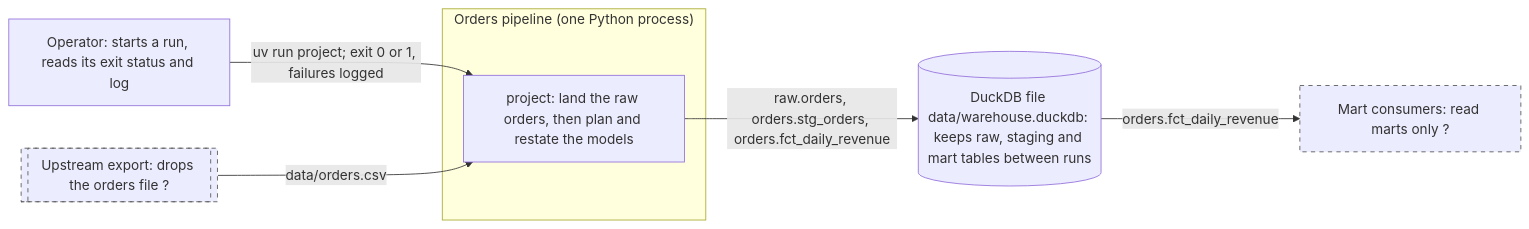
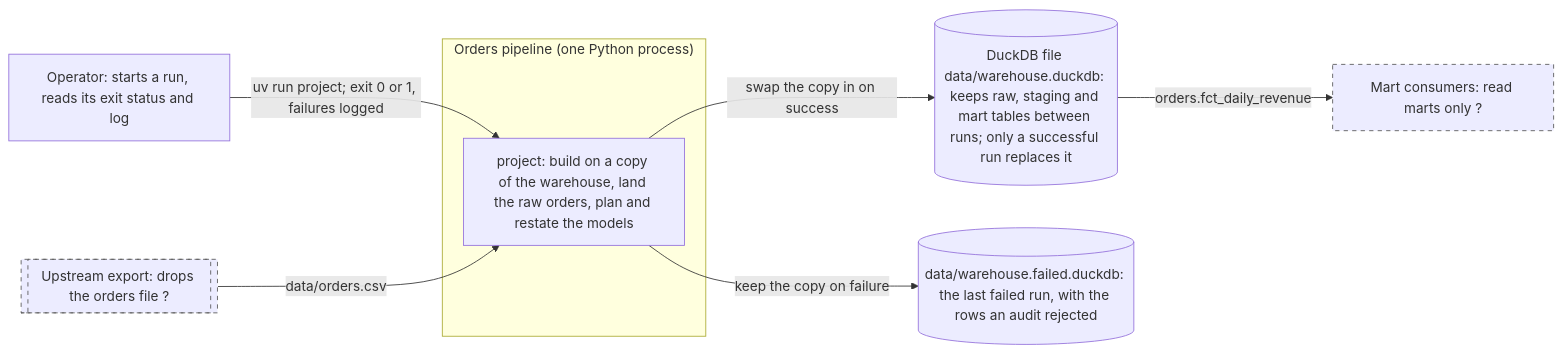
Before and after one commit to CarlosSolrac/template-sqlmesh-duckdb: the first of 4 diagrams in docs/design.md, drawn with Mermaid. The commit also changed other lines of this file and 3 other files, not shown here.

````diff
--- a/docs/design.md
+++ b/docs/design.md
@@ -30,15 +32,17 @@
 ```mermaid
 flowchart LR
     Operator["Operator: starts a run, reads its exit status and log"]
     Upstream[["Upstream export: drops the orders file ?"]]:::inferred
-    Warehouse[("DuckDB file data/warehouse.duckdb: keeps raw, staging and mart tables between runs")]
+    Warehouse[("DuckDB file data/warehouse.duckdb: keeps raw, staging and mart tables between runs; only a successful run replaces it")]
+    Failed[("data/warehouse.failed.duckdb: the last failed run, with the rows an audit rejected")]
     Consumers["Mart consumers: read marts only ?"]:::inferred
     subgraph System["Orders pipeline (one Python process)"]
-        Pipeline["project: land the raw orders, then plan and restate the models"]
+        Pipeline["project: build on a copy of the warehouse, land the raw orders, plan and restate the models"]
     end
     Operator -->|"uv run project; exit 0 or 1, failures logged"| Pipeline
     Upstream -->|"data/orders.csv"| Pipeline
-    Pipeline -->|"raw.orders, orders.stg_orders, orders.fct_daily_revenue"| Warehouse
+    Pipeline -->|"swap the copy in on success"| Warehouse
+    Pipeline -->|"keep the copy on failure"| Failed
     Warehouse -->|"orders.fct_daily_revenue"| Consumers
     classDef inferred stroke:#555,stroke-dasharray:5 5
 ```
````
